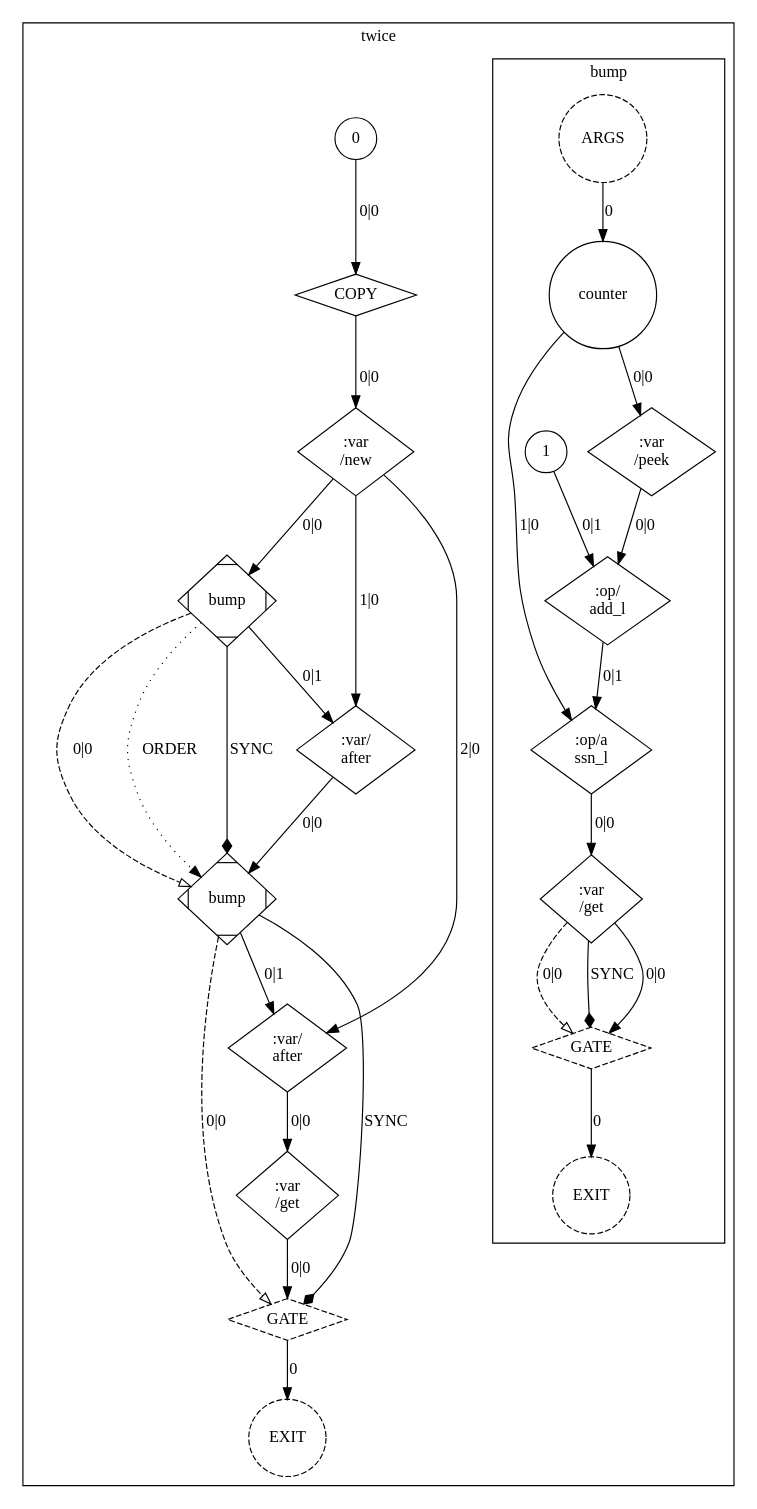
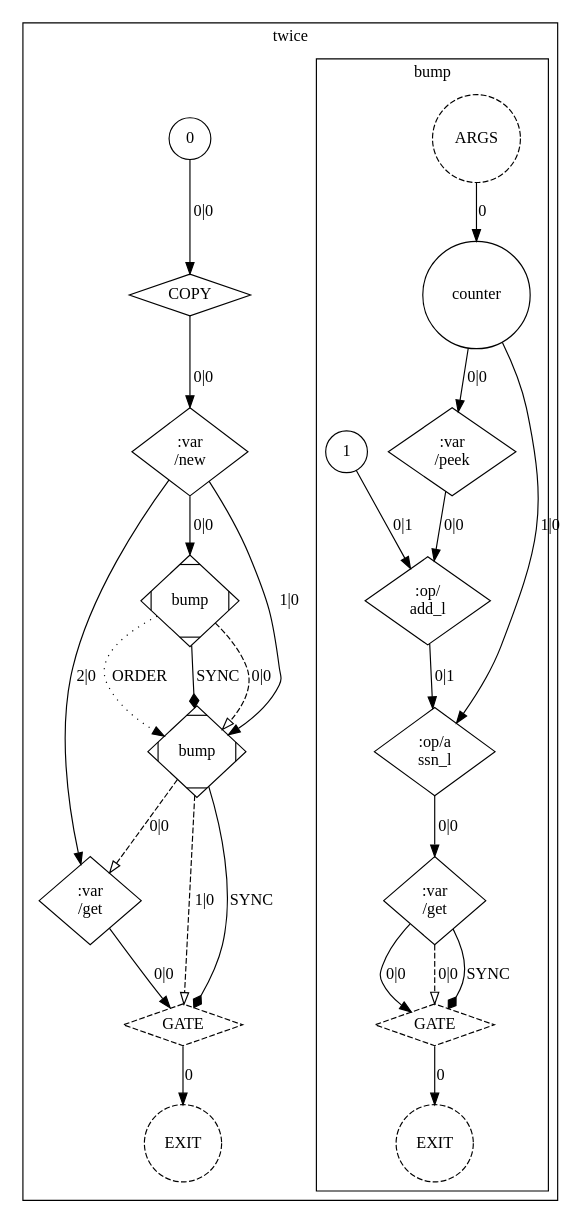
One commit to OpenCML/Camel changed the diagram in docs/tutorial/images/10_var_order.dot. Above: the diagram before and after it, drawn with Graphviz. The commit also changed 26 other files, not shown here.

```diff
--- a/docs/tutorial/images/10_var_order.dot
+++ b/docs/tutorial/images/10_var_order.dot
@@ -1,56 +1,51 @@
 digraph GraphIR {
         subgraph cluster_F02 {
             label="twice";
             tooltip="() => int pure";
             subgraph cluster_F03 {
                 label="bump";
                 tooltip="(var counter: int) => int uses counter";
                 F03 [label="ARGS", type="ARGS", style=dashed, shape=circle];
                 O03 [label="EXIT", type="EXIT", style=dashed, shape=circle];
                 N00 [label="counter", type="PORT", param_name="counter", param_kind="normal", param_index="0", value_type="var int", shape=circle, style=solid, tooltip="counter"];
                 N01 [label="1", type="DATA", shape=circle, style=solid, value_type="int", tooltip="1"];
                 N02 [label=":op/\nadd_l", type="OPER", shape=diamond, style=solid, value_type="int", tooltip=":op/add_l"];
                 N03 [label=":var\n/peek", type="OPER", shape=diamond, style=solid, value_type="int", tooltip=":var/peek"];
                 N04 [label=":op/a\nssn_l", type="OPER", shape=diamond, style=solid, value_type="var int", tooltip=":op/assn_l"];
                 N05 [label=":var\n/get", type="OPER", shape=diamond, style=solid, value_type="int", tooltip=":var/get"];
                 N06 [label="GATE", type="GATE", shape=diamond, style=dashed, value_type="int", tooltip="GATE"];
                 F03 -> N00 [label="0", type="NORM_PORT", style=solid];
                 N06 -> O03 [label="0", type="EXIT", style=solid];
                 N03 -> N02 [label="0|0", type="NORM"];
                 N01 -> N02 [label="0|1", type="NORM"];
                 N00 -> N03 [label="0|0", type="NORM"];
                 N00 -> N04 [label="1|0", type="NORM"];
                 N02 -> N04 [label="0|1", type="NORM"];
                 N04 -> N05 [label="0|0", type="NORM"];
                 N05 -> N06 [label="0|0", type="NORM"];
                 N05 -> N06 [label="0|0", type="CTRL", style=dashed, arrowhead=empty];
                 N05 -> N06 [label="SYNC", type="SYNC", style=solid, arrowhead=diamond];
             }
             O02 [label="EXIT", type="EXIT", style=dashed, shape=circle];
             N07 [label="0", type="DATA", shape=circle, style=solid, value_type="int", tooltip="0"];
             N08 [label="COPY", type="COPY", shape=diamond, style=solid, value_type="int", tooltip="COPY"];
             N09 [label=":var\n/new", type="OPER", shape=diamond, style=solid, value_type="var int", tooltip=":var/new"];
             N0A [label="bump", type="FUNC", shape=Mdiamond, style=solid, width=1.1, height=1.1, value_type="int", tooltip="bump"];
             N0B [label="bump", type="FUNC", shape=Mdiamond, style=solid, width=1.1, height=1.1, value_type="int", tooltip="bump"];
-            N0C [label=":var/\nafter", type="OPER", shape=diamond, style=solid, value_type="var int", tooltip=":var/after"];
-            N0D [label=":var/\nafter", type="OPER", shape=diamond, style=solid, value_type="var int", tooltip=":var/after"];
-            N0E [label=":var\n/get", type="OPER", shape=diamond, style=solid, value_type="int", tooltip=":var/get"];
-            N0F [label="GATE", type="GATE", shape=diamond, style=dashed, value_type="int", tooltip="GATE"];
-            N0F -> O02 [label="0", type="EXIT", style=solid];
+            N0C [label=":var\n/get", type="OPER", shape=diamond, style=solid, value_type="int", tooltip=":var/get"];
+            N0D [label="GATE", type="GATE", shape=diamond, style=dashed, value_type="int", tooltip="GATE"];
+            N0D -> O02 [label="0", type="EXIT", style=solid];
             N07 -> N08 [label="0|0", type="NORM"];
             N08 -> N09 [label="0|0", type="NORM"];
             N09 -> N0A [label="0|0", type="NORM"];
-            N0C -> N0B [label="0|0", type="NORM"];
+            N09 -> N0B [label="1|0", type="NORM"];
             N0A -> N0B [label="0|0", type="CTRL", style=dashed, arrowhead=empty];
             N0A -> N0B [label="ORDER", type="ORDER", style=dotted];
             N0A -> N0B [label="SYNC", type="SYNC", style=solid, arrowhead=diamond];
-            N09 -> N0C [label="1|0", type="NORM"];
-            N0A -> N0C [label="0|1", type="NORM"];
-            N09 -> N0D [label="2|0", type="NORM"];
-            N0B -> N0D [label="0|1", type="NORM"];
-            N0D -> N0E [label="0|0", type="NORM"];
-            N0E -> N0F [label="0|0", type="NORM"];
-            N0B -> N0F [label="0|0", type="CTRL", style=dashed, arrowhead=empty];
-            N0B -> N0F [label="SYNC", type="SYNC", style=solid, arrowhead=diamond];
+            N09 -> N0C [label="2|0", type="NORM"];
+            N0B -> N0C [label="0|0", type="CTRL", style=dashed, arrowhead=empty];
+            N0C -> N0D [label="0|0", type="NORM"];
+            N0B -> N0D [label="1|0", type="CTRL", style=dashed, arrowhead=empty];
+            N0B -> N0D [label="SYNC", type="SYNC", style=solid, arrowhead=diamond];
         }
 }
```
